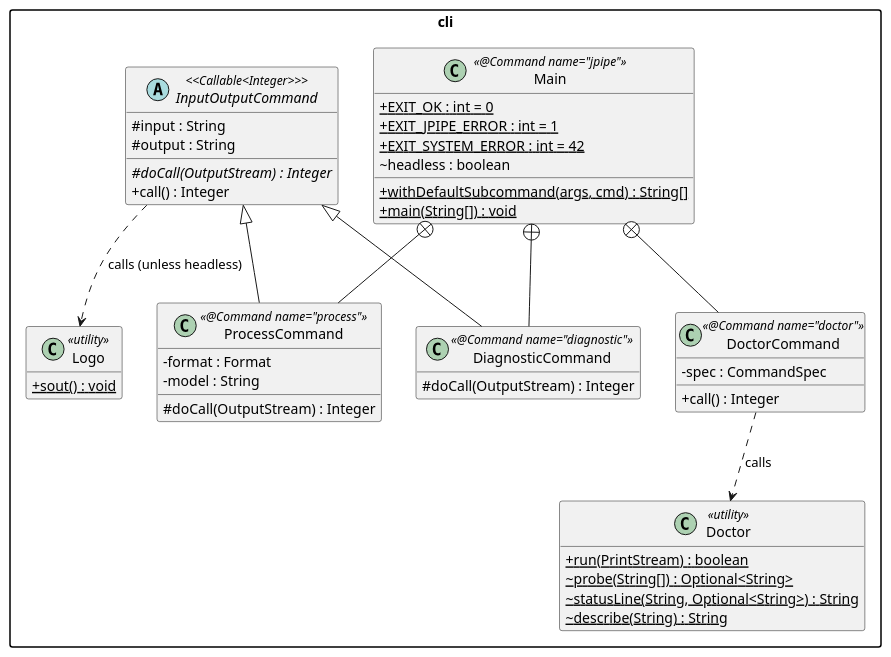
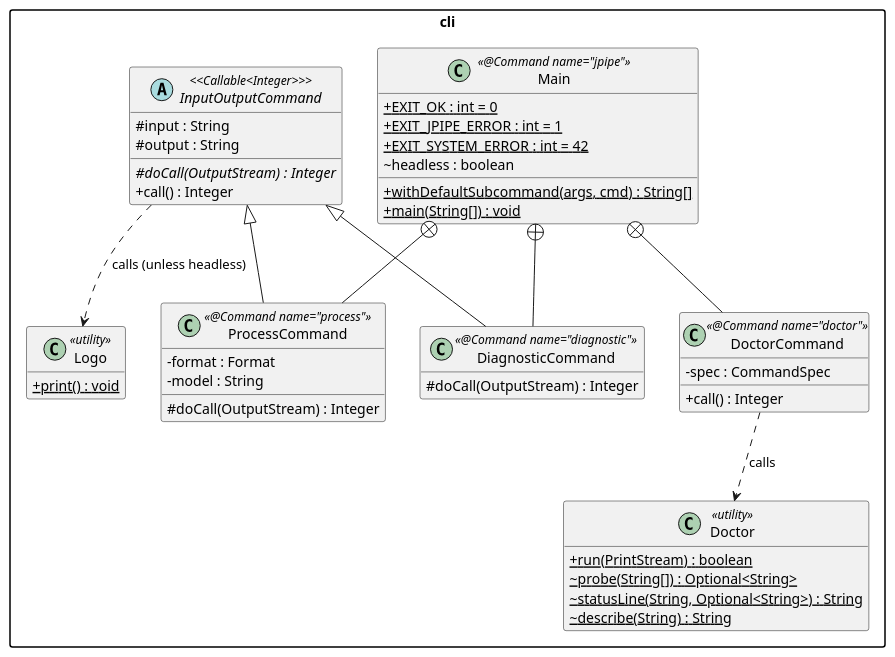
One commit to jpipe-mcscert/jpipe-compiler changed the diagram in docs/design/cli.md. Above: the diagram before and after it, drawn with PlantUML. The commit also changed other lines of this file and 9 other files, not shown here.

````diff
--- a/docs/design/cli.md
+++ b/docs/design/cli.md
@@ -8,64 +8,64 @@
 ```plantuml
 @startuml cli
 
 skinparam packageStyle rectangle
 skinparam classAttributeIconSize 0
 hide empty members
 
 package "cli" {
 
   class Main <<@Command name="jpipe">> {
     + {static} EXIT_OK : int = 0
     + {static} EXIT_JPIPE_ERROR : int = 1
     + {static} EXIT_SYSTEM_ERROR : int = 42
     ~ headless : boolean
     + {static} withDefaultSubcommand(args, cmd) : String[]
     + {static} main(String[]) : void
   }
 
   abstract class InputOutputCommand <<Callable<Integer>>> {
     # input : String
     # output : String
     # {abstract} doCall(OutputStream) : Integer
     + call() : Integer
   }
 
   class ProcessCommand <<@Command name="process">> {
     - format : Format
     - model : String
     # doCall(OutputStream) : Integer
   }
 
   class DiagnosticCommand <<@Command name="diagnostic">> {
     # doCall(OutputStream) : Integer
   }
 
   class DoctorCommand <<@Command name="doctor">> {
     - spec : CommandSpec
     + call() : Integer
   }
 
   class Doctor <<utility>> {
     + {static} run(PrintStream) : boolean
     ~ {static} probe(String[]) : Optional<String>
     ~ {static} statusLine(String, Optional<String>) : String
     ~ {static} describe(String) : String
   }
 
   class Logo <<utility>> {
-    + {static} sout() : void
+    + {static} print() : void
   }
 
   InputOutputCommand <|-- ProcessCommand
   InputOutputCommand <|-- DiagnosticCommand
 
   Main +-- ProcessCommand
   Main +-- DiagnosticCommand
   Main +-- DoctorCommand
 
   DoctorCommand ..> Doctor : calls
   InputOutputCommand ..> Logo : calls (unless headless)
 }
 
 @enduml
 ```
````
